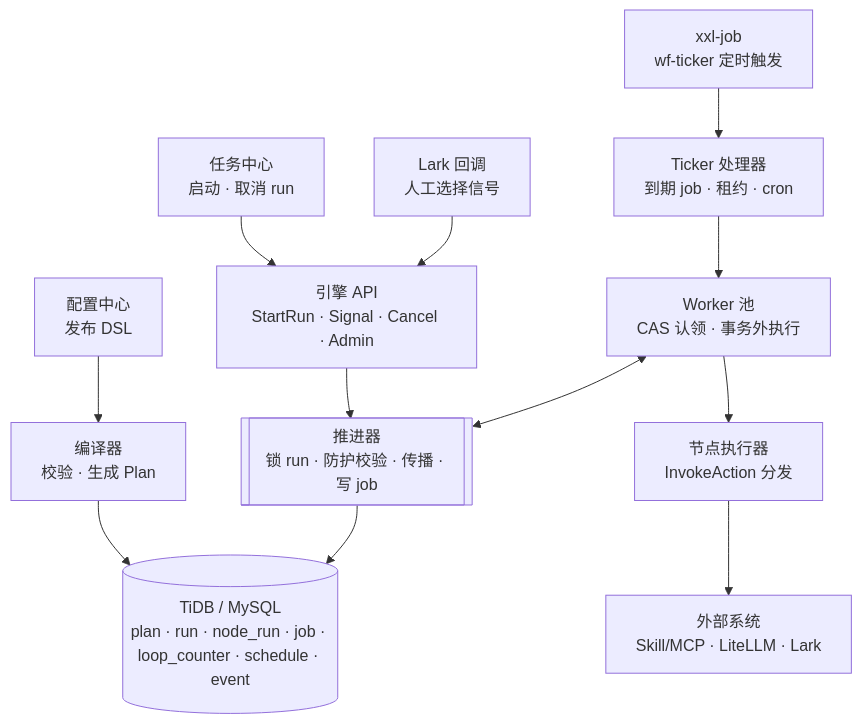
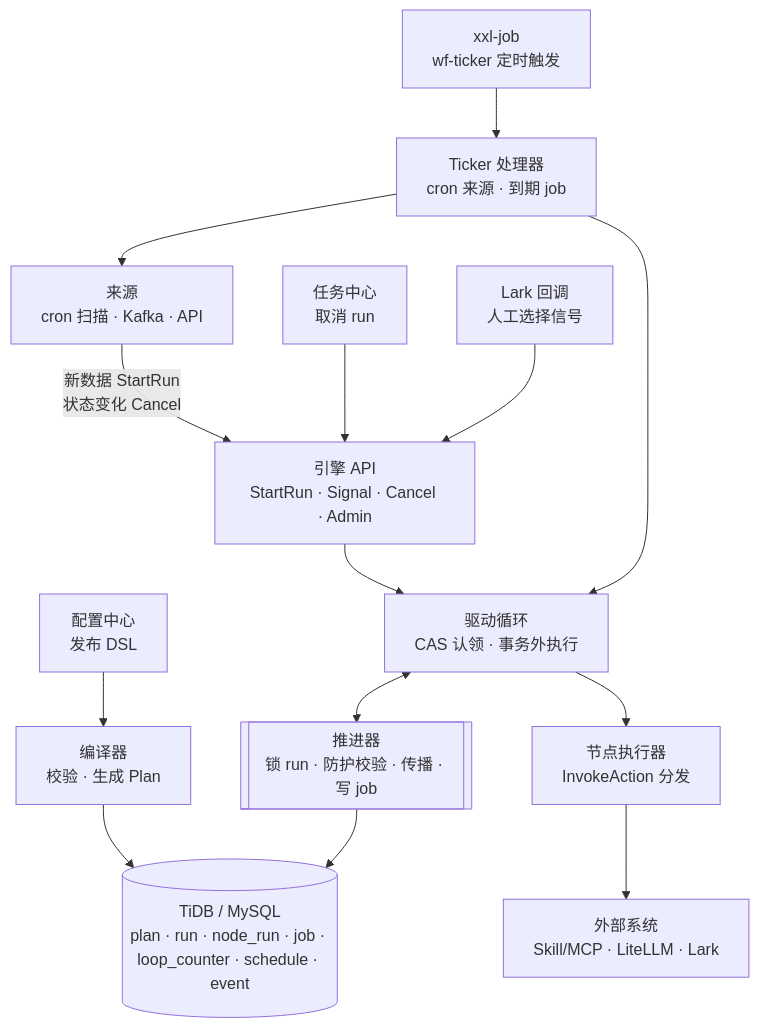
One commit to alex2025-sh/ai-workbench changed the diagram in docs/workflow-engine.md. Above: the diagram before and after it, drawn with Mermaid. The commit also changed other lines of this file and 23 other files, not shown here.

First line of the commit message:
engine: event-driven execution, xxl-job tick wakes due timers and timeouts

````diff
--- a/docs/workflow-engine.md
+++ b/docs/workflow-engine.md
@@ -47,14 +47,16 @@
 ```mermaid
 flowchart TB
     Cfg[配置中心<br/>发布 DSL] --> Comp[编译器<br/>校验 · 生成 Plan]
-    TaskC[任务中心<br/>启动 · 取消 run] --> API[引擎 API<br/>StartRun · Signal · Cancel · Admin]
+    Src[来源<br/>cron 扫描 · Kafka · API] -->|新数据 StartRun<br/>状态变化 Cancel| API[引擎 API<br/>StartRun · Signal · Cancel · Admin]
+    TaskC[任务中心<br/>取消 run] --> API
     LarkCB[Lark 回调<br/>人工选择信号] --> API
-    XXL[xxl-job<br/>wf-ticker 定时触发] --> Tick[Ticker 处理器<br/>到期 job · 租约 · cron]
-    API --> Adv[[推进器<br/>锁 run · 防护校验 · 传播 · 写 job]]
-    Tick --> Pool[Worker 池<br/>CAS 认领 · 事务外执行]
-    Pool <--> Adv
-    Pool --> Exec[节点执行器<br/>InvokeAction 分发]
+    XXL[xxl-job<br/>wf-ticker 定时触发] --> Tick[Ticker 处理器<br/>cron 来源 · 到期 job]
+    Tick --> Src
+    API --> Drive[驱动循环<br/>CAS 认领 · 事务外执行]
+    Tick --> Drive
+    Drive <--> Adv[[推进器<br/>锁 run · 防护校验 · 传播 · 写 job]]
+    Drive --> Exec[节点执行器<br/>InvokeAction 分发]
     Exec --> Ext[外部系统<br/>Skill/MCP · LiteLLM · Lark]
     Comp --> DB[(TiDB / MySQL<br/>plan · run · node_run · job · loop_counter · schedule · event)]
     Adv --> DB
 ```
````
